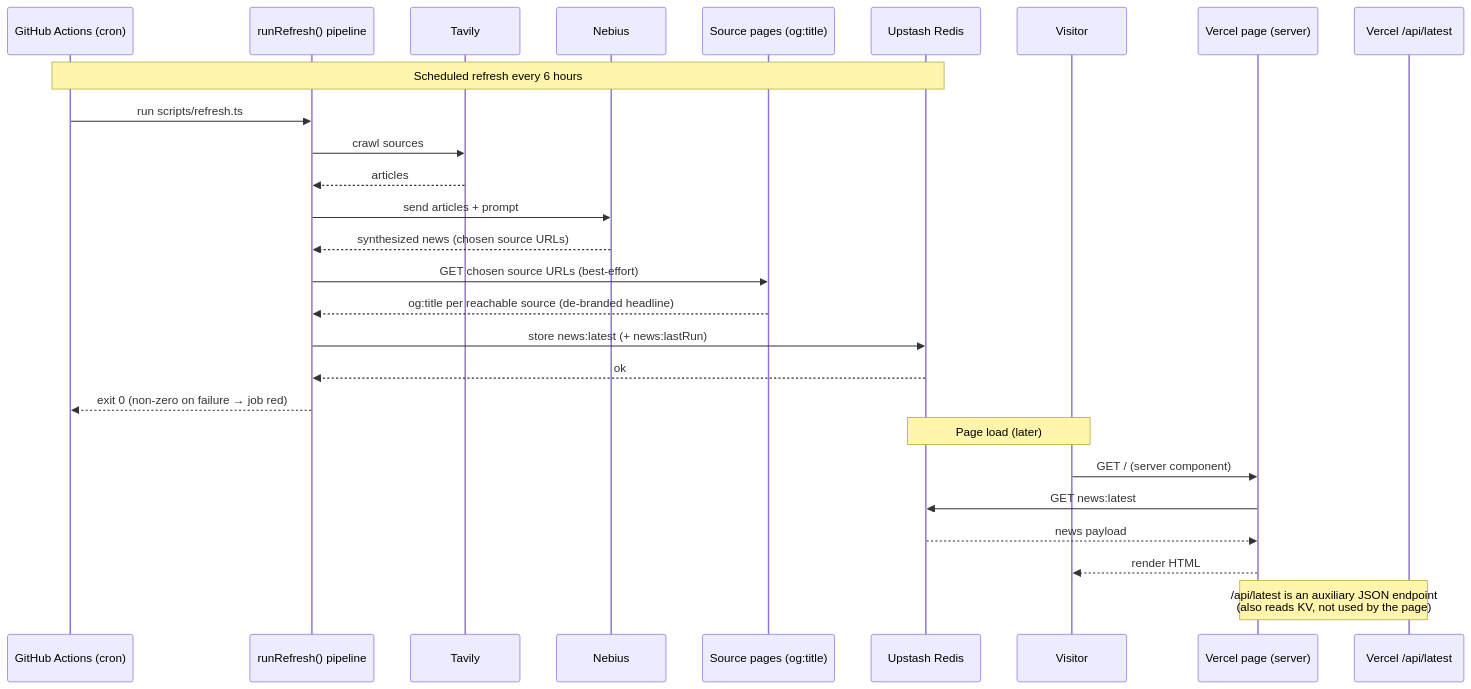
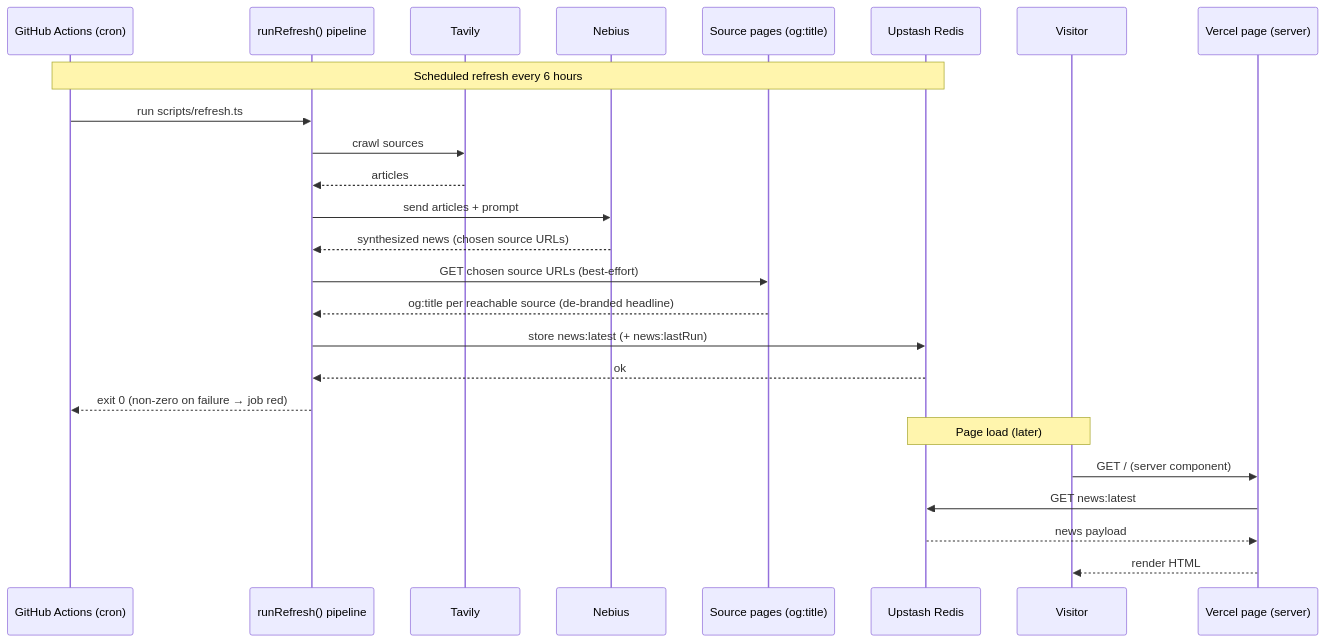
The diagram in RFC.md (heyolgak/the-news-of-the-day), drawn with Mermaid before and after one commit. The commit also changed other lines of this file and 4 other files, not shown here.

Commit message:
api/latest removal docs update

````diff
--- a/RFC.md
+++ b/RFC.md
@@ -34,31 +34,29 @@
 ```mermaid
 sequenceDiagram
   participant C as GitHub Actions (cron)
   participant R as runRefresh() pipeline
   participant T as Tavily
   participant N as Nebius
   participant H as Source pages (og:title)
   participant KV as Upstash Redis
   participant V as Visitor
   participant P as Vercel page (server)
-  participant L as Vercel /api/latest
 
   Note over C,KV: Scheduled refresh every 6 hours
   C->>R: run scripts/refresh.ts
   R->>T: crawl sources
   T-->>R: articles
   R->>N: send articles + prompt
   N-->>R: synthesized news (chosen source URLs)
   R->>H: GET chosen source URLs (best-effort)
   H-->>R: og:title per reachable source (de-branded headline)
   R->>KV: store news:latest (+ news:lastRun)
   KV-->>R: ok
   R-->>C: exit 0 (non-zero on failure → job red)
 
   Note over V,KV: Page load (later)
   V->>P: GET / (server component)
   P->>KV: GET news:latest
   KV-->>P: news payload
   P-->>V: render HTML
-  Note over P,L: /api/latest is an auxiliary JSON endpoint<br/>(also reads KV, not used by the page)
 ```
````
